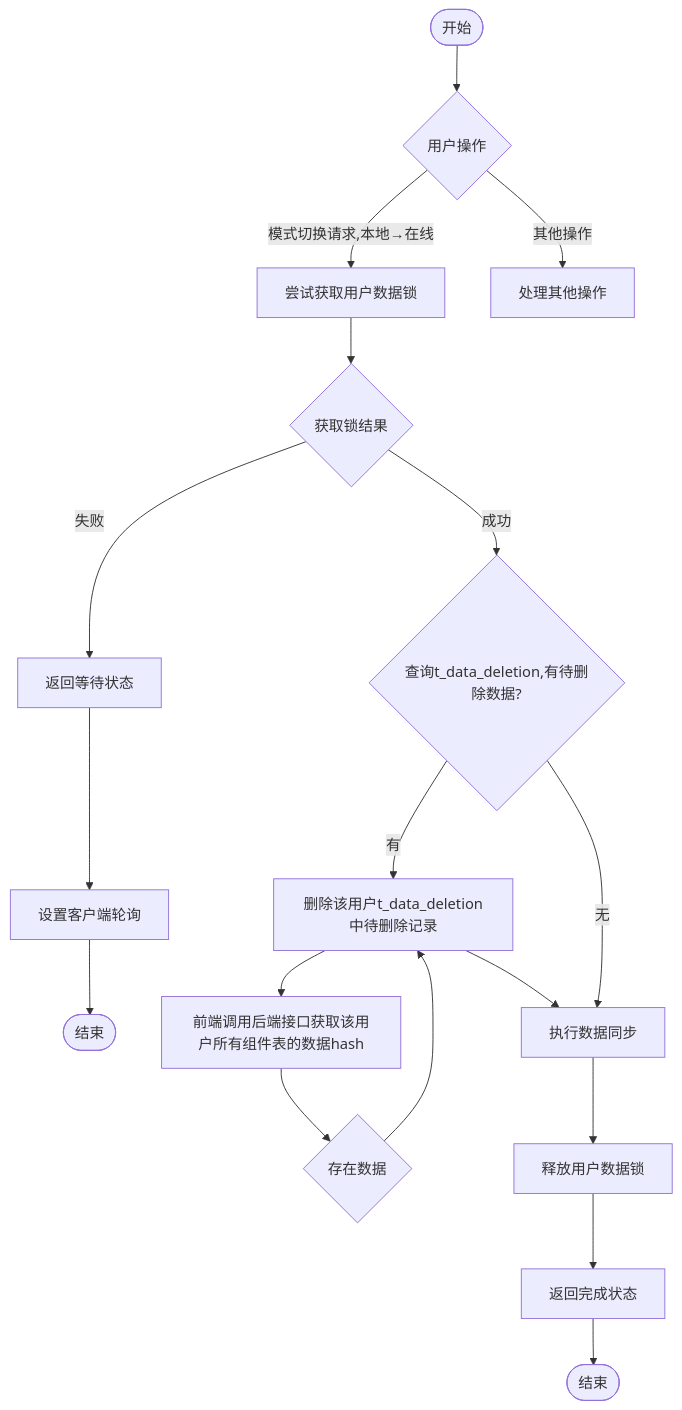
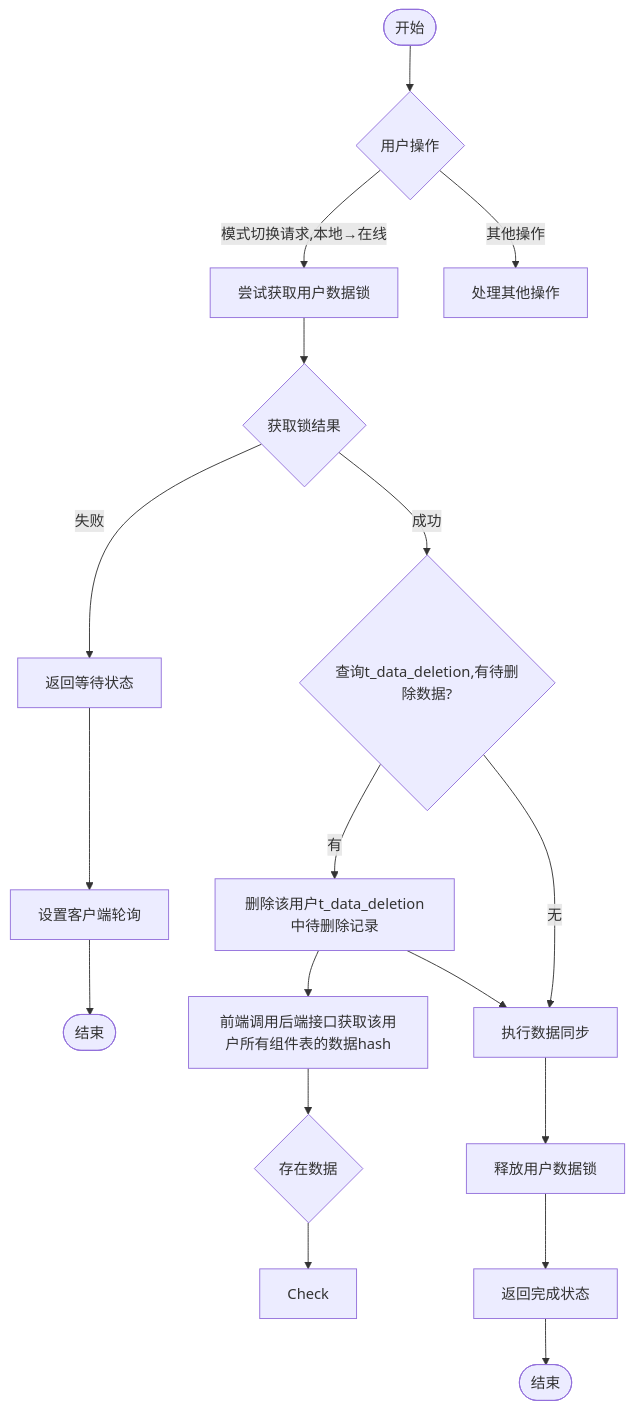
One commit to yingjianzh/iodraw-files changed the diagram in all/未命名-57.md. Above: the diagram before and after it, drawn with Mermaid.

Commit message:
2025-05-12 11:32:20 update

````diff
--- a/all/未命名-57.md
+++ b/all/未命名-57.md
@@ -1,31 +1,31 @@
 ```mermaid
 
 flowchart TD
     %% 主要分支
     Start([开始]) --> UserAction{用户操作}
     UserAction -->|模式切换请求,本地→在线| TryLock[尝试获取用户数据锁]
     UserAction -->|其他操作| OtherOps[处理其他操作]
 
     %% 模式切换流程
     TryLock --> LockResult{获取锁结果}
     
     LockResult -->|失败| ReturnWaiting[返回等待状态]
     ReturnWaiting --> SetupPolling[设置客户端轮询]
     SetupPolling --> End1([结束])
     
     LockResult -->|成功| CheckPendingDeletion{查询t_data_deletion,有待删除数据?}
     
     CheckPendingDeletion -->|有| RemoveDeletionRecords[删除该用户t_data_deletion中待删除记录]
     RemoveDeletionRecords --> FrontGetComponentTableHash[前端调用后端接口获取该用户所有组件表的数据hash]
     FrontGetComponentTableHash --> ExistData{存在数据}
 
-    ExistData --> 
+    ExistData --> Check
     RemoveDeletionRecords --> PerformSync[执行数据同步]
     
     CheckPendingDeletion -->|无| PerformSync
     
     PerformSync --> ReleaseSwitchLock[释放用户数据锁]
     ReleaseSwitchLock --> ReturnComplete[返回完成状态]
     ReturnComplete --> End2([结束])
 
 ```
````
